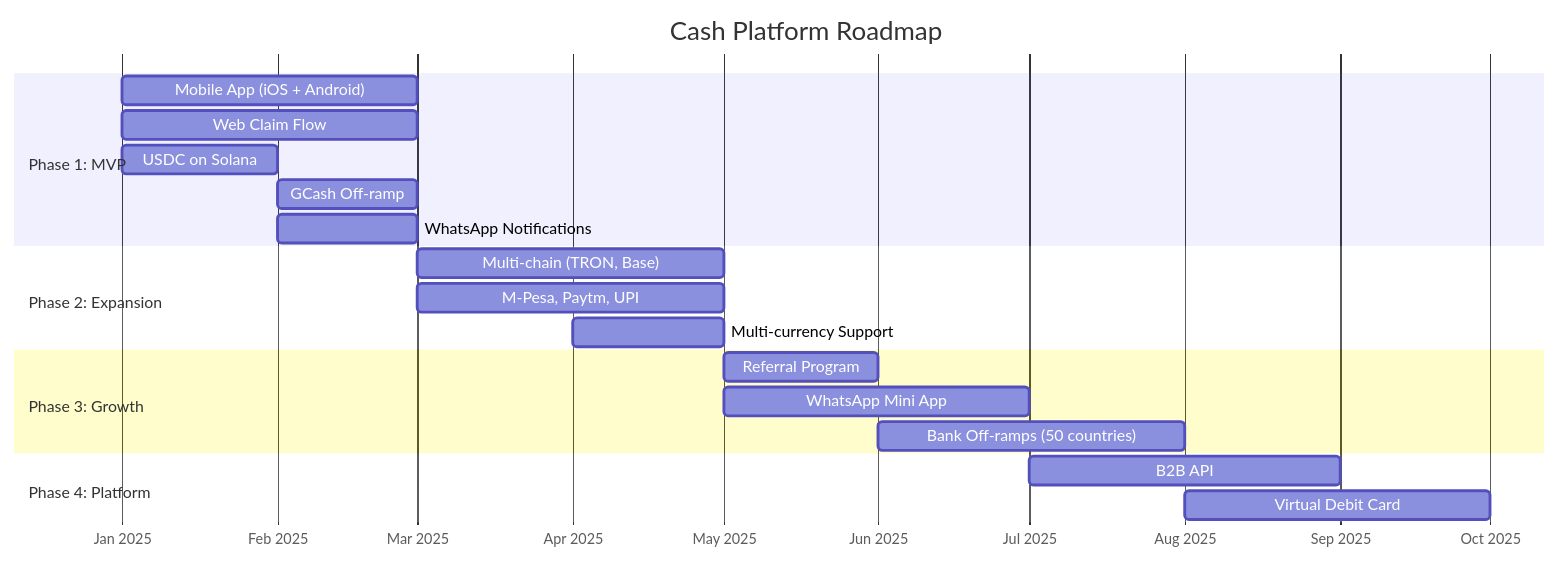
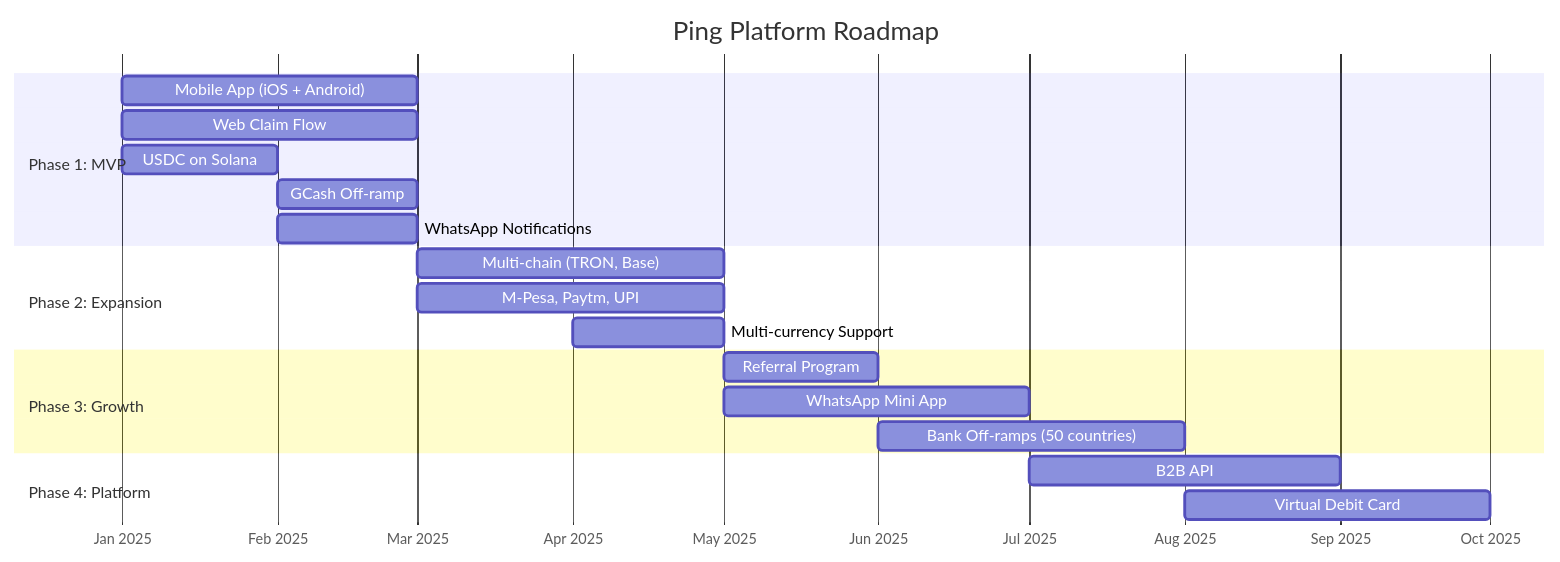
Before and after one commit to ping-cash/ping-cash: the ninth of 12 diagrams in README.md, drawn with Mermaid. The commit also changed other lines of this file and 38 other files, not shown here.

First line of the commit message:
chore: rebrand Cash → Ping; migrate to ping-cash/ping-cash

````diff
--- a/README.md
+++ b/README.md
@@ -383,27 +383,27 @@
 ```mermaid
 gantt
-    title Cash Platform Roadmap
+    title Ping Platform Roadmap
     dateFormat  YYYY-MM
     axisFormat  %b %Y
 
     section Phase 1: MVP
     Mobile App (iOS + Android)     :p1a, 2025-01, 2M
     Web Claim Flow                 :p1b, 2025-01, 2M
     USDC on Solana                 :p1c, 2025-01, 1M
     GCash Off-ramp                 :p1d, 2025-02, 1M
     WhatsApp Notifications         :p1e, 2025-02, 1M
 
     section Phase 2: Expansion
     Multi-chain (TRON, Base)       :p2a, 2025-03, 2M
     M-Pesa, Paytm, UPI             :p2b, 2025-03, 2M
     Multi-currency Support         :p2c, 2025-04, 1M
 
     section Phase 3: Growth
     Referral Program               :p3a, 2025-05, 1M
     WhatsApp Mini App              :p3b, 2025-05, 2M
     Bank Off-ramps (50 countries)  :p3c, 2025-06, 2M
 
     section Phase 4: Platform
     B2B API                        :p4a, 2025-07, 2M
     Virtual Debit Card             :p4b, 2025-08, 2M
 ```
````
